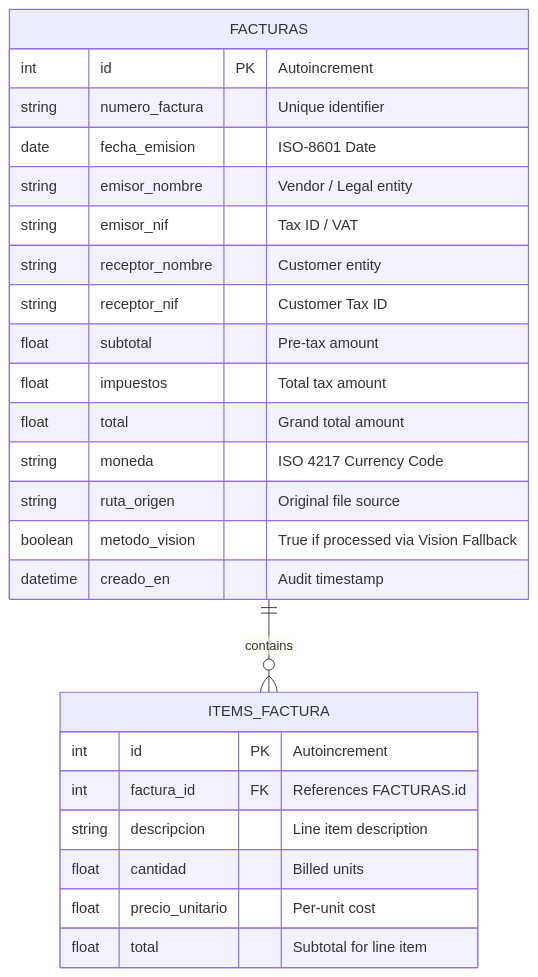
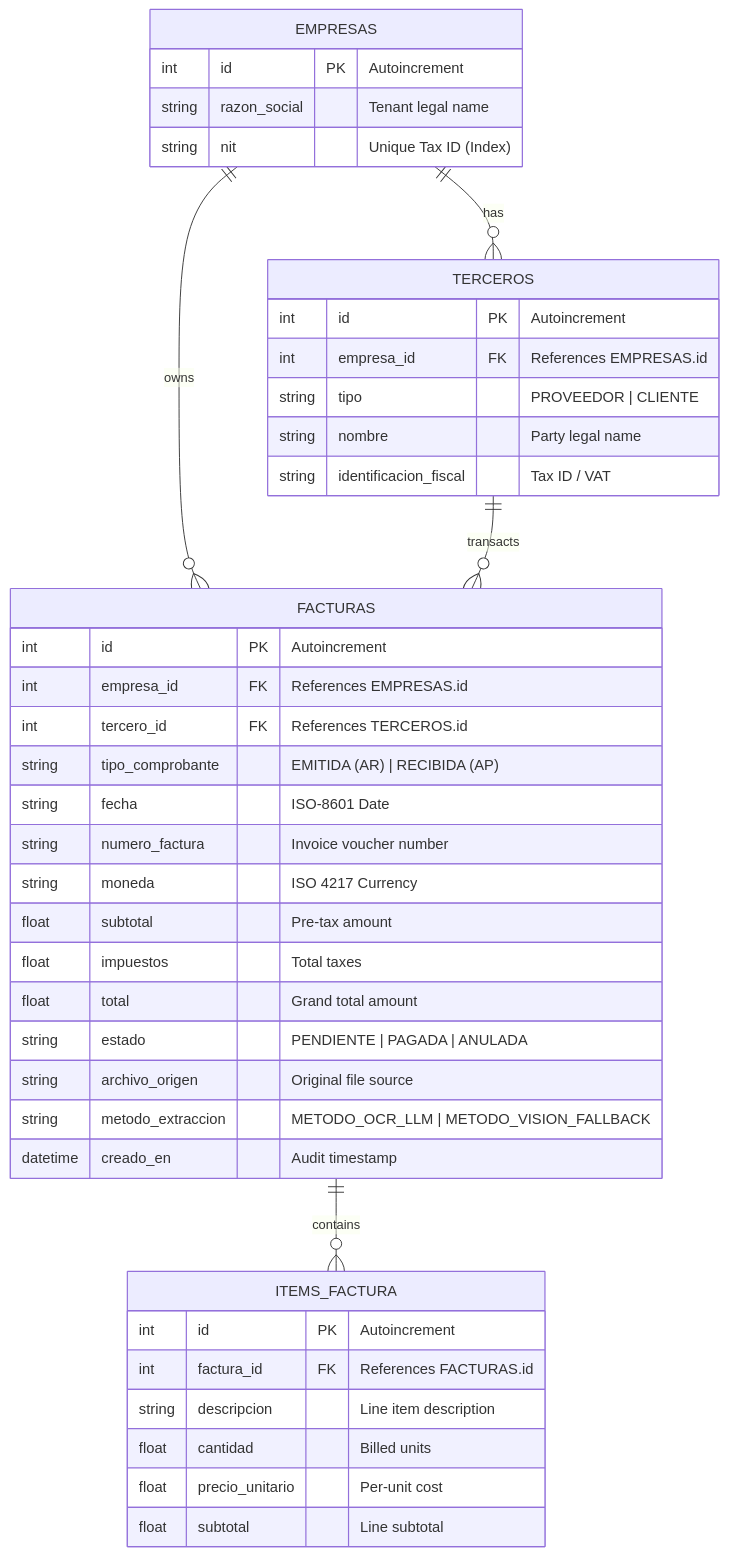
One commit to CristianMz21/invoice-ai-agent changed the fourth of 4 diagrams in docs/ARCHITECTURE.md. Above: the diagram before and after it, drawn with Mermaid. The commit also changed other lines of this file and 5 other files, not shown here.

````diff
--- a/docs/ARCHITECTURE.md
+++ b/docs/ARCHITECTURE.md
@@ -142,30 +142,47 @@
 ```mermaid
 erDiagram
+    EMPRESAS ||--o{ TERCEROS : has
+    EMPRESAS ||--o{ FACTURAS : owns
+    TERCEROS ||--o{ FACTURAS : transacts
     FACTURAS ||--o{ ITEMS_FACTURA : contains
-    
+
+    EMPRESAS {
+        int id PK "Autoincrement"
+        string razon_social "Tenant legal name"
+        string nit "Unique Tax ID (Index)"
+    }
+
+    TERCEROS {
+        int id PK "Autoincrement"
+        int empresa_id FK "References EMPRESAS.id"
+        string tipo "PROVEEDOR | CLIENTE"
+        string nombre "Party legal name"
+        string identificacion_fiscal "Tax ID / VAT"
+    }
+
     FACTURAS {
         int id PK "Autoincrement"
-        string numero_factura "Unique identifier"
-        date fecha_emision "ISO-8601 Date"
-        string emisor_nombre "Vendor / Legal entity"
-        string emisor_nif "Tax ID / VAT"
-        string receptor_nombre "Customer entity"
-        string receptor_nif "Customer Tax ID"
+        int empresa_id FK "References EMPRESAS.id"
+        int tercero_id FK "References TERCEROS.id"
+        string tipo_comprobante "EMITIDA (AR) | RECIBIDA (AP)"
+        string fecha "ISO-8601 Date"
+        string numero_factura "Invoice voucher number"
+        string moneda "ISO 4217 Currency"
         float subtotal "Pre-tax amount"
-        float impuestos "Total tax amount"
+        float impuestos "Total taxes"
         float total "Grand total amount"
-        string moneda "ISO 4217 Currency Code"
-        string ruta_origen "Original file source"
-        boolean metodo_vision "True if processed via Vision Fallback"
+        string estado "PENDIENTE | PAGADA | ANULADA"
+        string archivo_origen "Original file source"
+        string metodo_extraccion "METODO_OCR_LLM | METODO_VISION_FALLBACK"
         datetime creado_en "Audit timestamp"
     }
 
     ITEMS_FACTURA {
         int id PK "Autoincrement"
         int factura_id FK "References FACTURAS.id"
         string descripcion "Line item description"
         float cantidad "Billed units"
         float precio_unitario "Per-unit cost"
-        float total "Subtotal for line item"
+        float subtotal "Line subtotal"
     }
 ```
````
